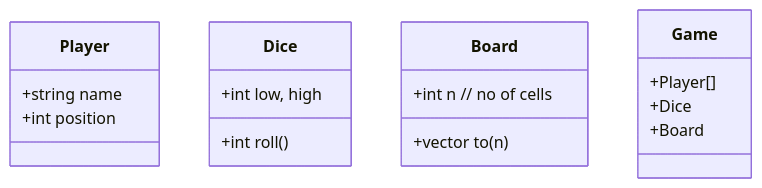
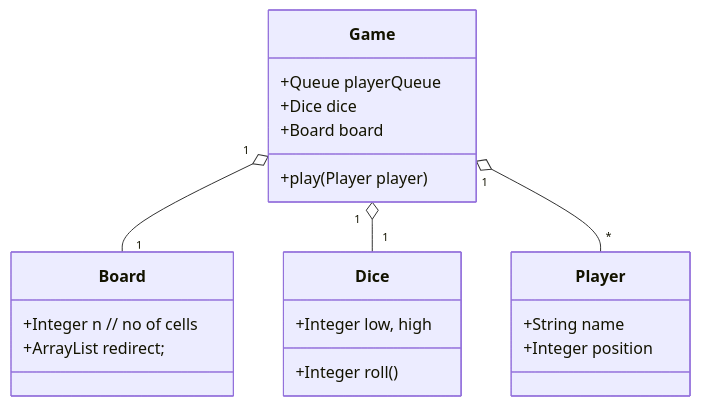
One commit to akormous/LLD changed the diagram in SnakesAndLadders/README.md. Above: the diagram before and after it, drawn with Mermaid. The commit also changed other lines of this file and 3 other files, not shown here.

Commit message:
Complete Snakes and Ladders with Class Diagram

````diff
--- a/SnakesAndLadders/README.md
+++ b/SnakesAndLadders/README.md
@@ -3,26 +8,30 @@
 ```mermaid
 classDiagram
 
 class Player {
-    +string name
-    +int position
+    +String name
+    +Integer position
 }
 
 class Dice {
-    +int low, high
-    +int roll()
+    +Integer low, high
+    +Integer roll()
 }
 
 class Board {
-    +int n // no of cells
-    +vector<int> to(n)
+    +Integer n // no of cells
+    +ArrayList<Integer> redirect;
 }
 
 class Game {
-    +Player[]
-    +Dice
-    +Board
+    +Queue<Player> playerQueue
+    +Dice dice
+    +Board board
+    +play(Player player)
 }
 
+Game "1" o-- "1" Board
+Game "1" o-- "1" Dice
+Game "1" o-- "*" Player
 
 ```
````
